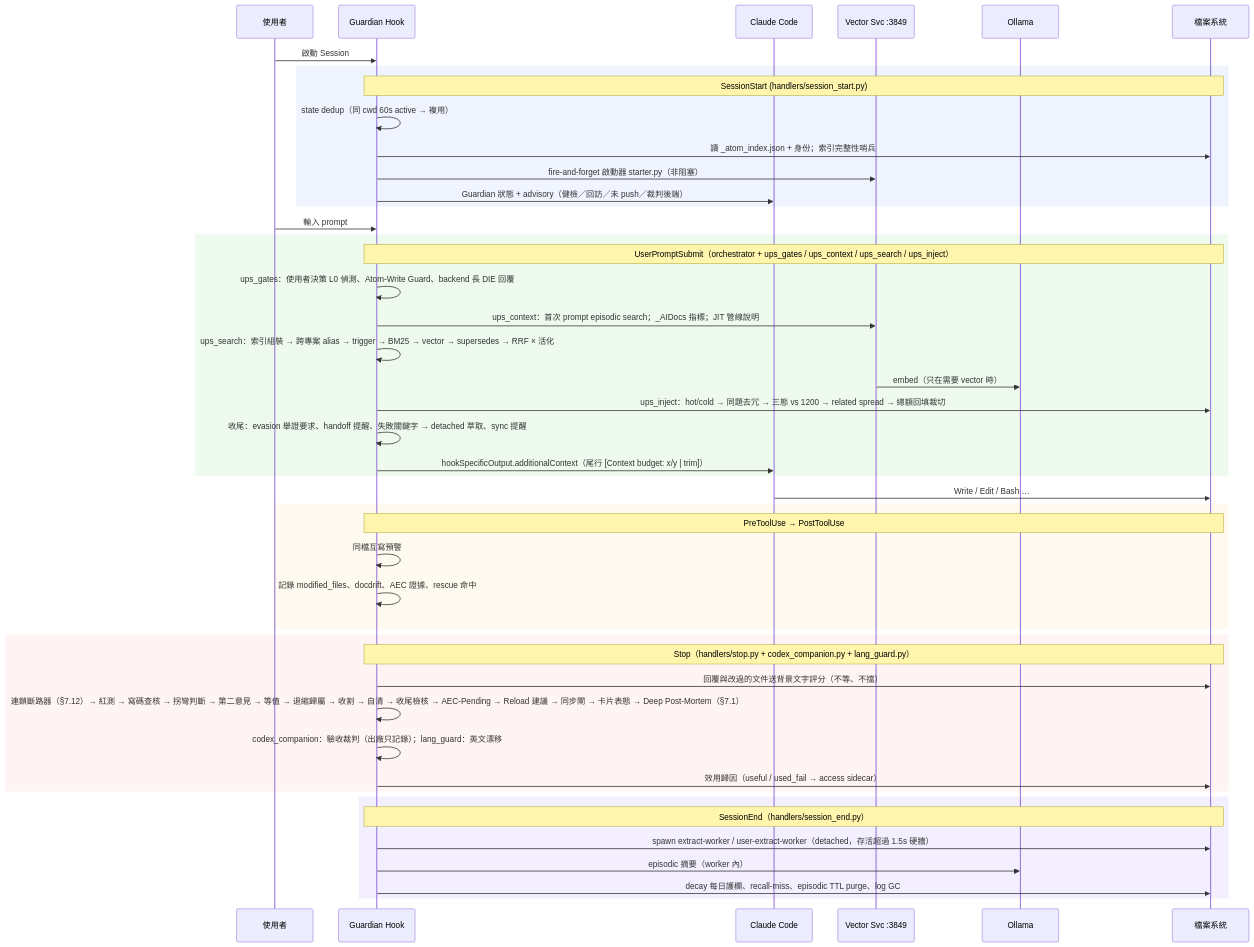
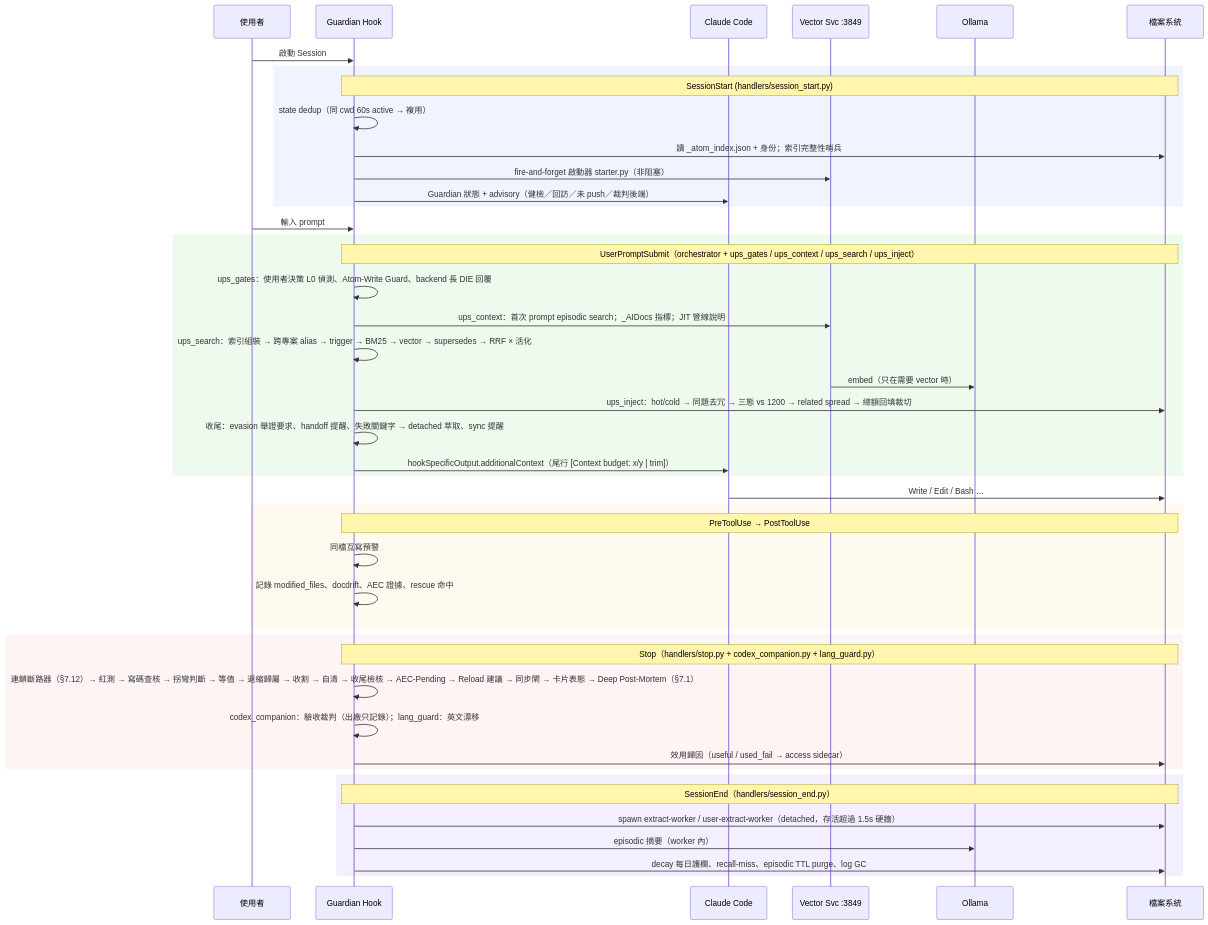
One commit to holylight1979/AtomicMemory-ClaudeCode changed the first of 3 diagrams in TECH.md. Above: the diagram before and after it, drawn with Mermaid. The commit also changed other lines of this file and 11 other files, not shown here.

Commit message:
docs: 寫碼守門拔除後的現況——TECH.md、guards、release-rules、config、file-tree、Architecture、DocIndex、README、text-specs、三個 skill 說明

````diff
--- a/TECH.md
+++ b/TECH.md
@@ -285,52 +282,51 @@
 ```mermaid
 sequenceDiagram
     participant U as 使用者
     participant G as Guardian Hook
     participant C as Claude Code
     participant V as Vector Svc :3849
     participant O as Ollama
     participant F as 檔案系統
 
     U->>G: 啟動 Session
     rect rgba(100,150,255,0.1)
         note over G,F: SessionStart (handlers/session_start.py)
         G->>G: state dedup（同 cwd 60s active → 複用）
         G->>F: 讀 _atom_index.json + 身份；索引完整性哨兵
         G->>V: fire-and-forget 啟動器 starter.py（非阻塞）
         G->>C: Guardian 狀態 + advisory（健檢／回訪／未 push／裁判後端）
     end
 
     U->>G: 輸入 prompt
     rect rgba(100,200,100,0.1)
         note over G,F: UserPromptSubmit（orchestrator + ups_gates / ups_context / ups_search / ups_inject）
         G->>G: ups_gates：使用者決策 L0 偵測、Atom-Write Guard、backend 長 DIE 回覆
         G->>V: ups_context：首次 prompt episodic search；_AIDocs 指標；JIT 管線說明
         G->>G: ups_search：索引組裝 → 跨專案 alias → trigger → BM25 → vector → supersedes → RRF × 活化
         V->>O: embed（只在需要 vector 時）
         G->>F: ups_inject：hot/cold → 同題去冗 → 三態 vs 1200 → related spread → 總額回填裁切
         G->>G: 收尾：evasion 舉證要求、handoff 提醒、失敗關鍵字 → detached 萃取、sync 提醒
         G->>C: hookSpecificOutput.additionalContext（尾行 [Context budget: x/y | trim]）
     end
 
     C->>F: Write / Edit / Bash …
     rect rgba(255,200,100,0.1)
         note over G,F: PreToolUse → PostToolUse
         G->>G: 同檔互寫預警
         G->>G: 記錄 modified_files、docdrift、AEC 證據、rescue 命中
     end
 
     rect rgba(255,150,150,0.1)
         note over G,F: Stop（handlers/stop.py + codex_companion.py + lang_guard.py）
-        G->>F: 回覆與改過的文件送背景文字評分（不等、不擋）
-        G->>G: 連鎖斷路器（§7.12）→ 紅測 → 寫碼查核 → 拐彎判斷 → 第二意見 → 等值 → 退縮歸屬 → 收割 → 自清 → 收尾檢核 → AEC-Pending → Reload 建議 → 同步閘 → 卡片表態 → Deep Post-Mortem（§7.1）
+        G->>G: 連鎖斷路器（§7.12）→ 紅測 → 寫碼查核 → 拐彎判斷 → 等值 → 退縮歸屬 → 收割 → 自清 → 收尾檢核 → AEC-Pending → Reload 建議 → 同步閘 → 卡片表態 → Deep Post-Mortem（§7.1）
         G->>G: codex_companion：驗收裁判（出廠只記錄）；lang_guard：英文漂移
         G->>F: 效用歸因（useful / used_fail → access sidecar）
     end
 
     rect rgba(150,100,255,0.1)
         note over G,F: SessionEnd（handlers/session_end.py）
         G->>F: spawn extract-worker / user-extract-worker（detached，存活超過 1.5s 硬牆）
         G->>O: episodic 摘要（worker 內）
         G->>F: decay 每日護欄、recall-miss、episodic TTL purge、log GC
     end
 ```
````
